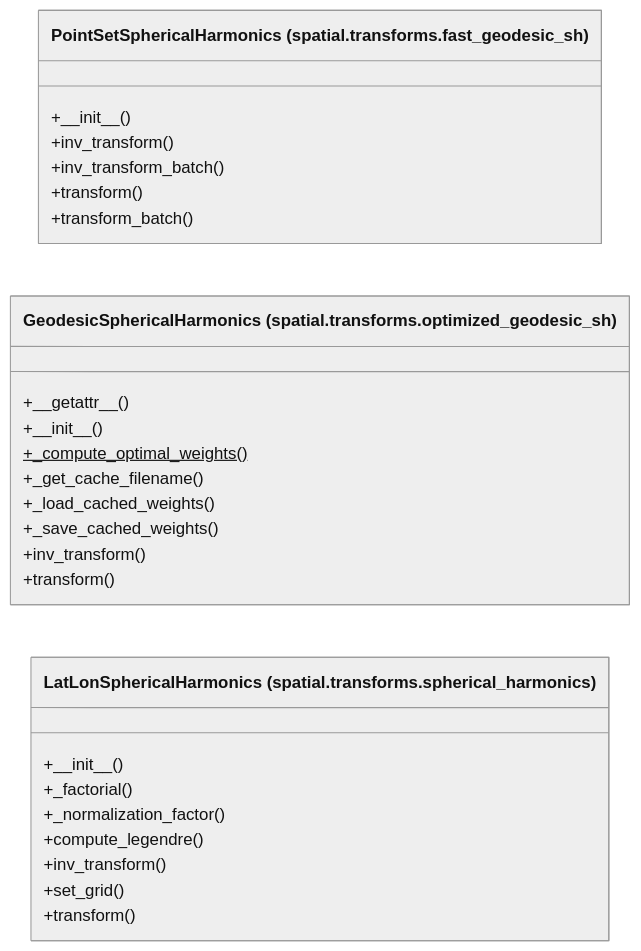
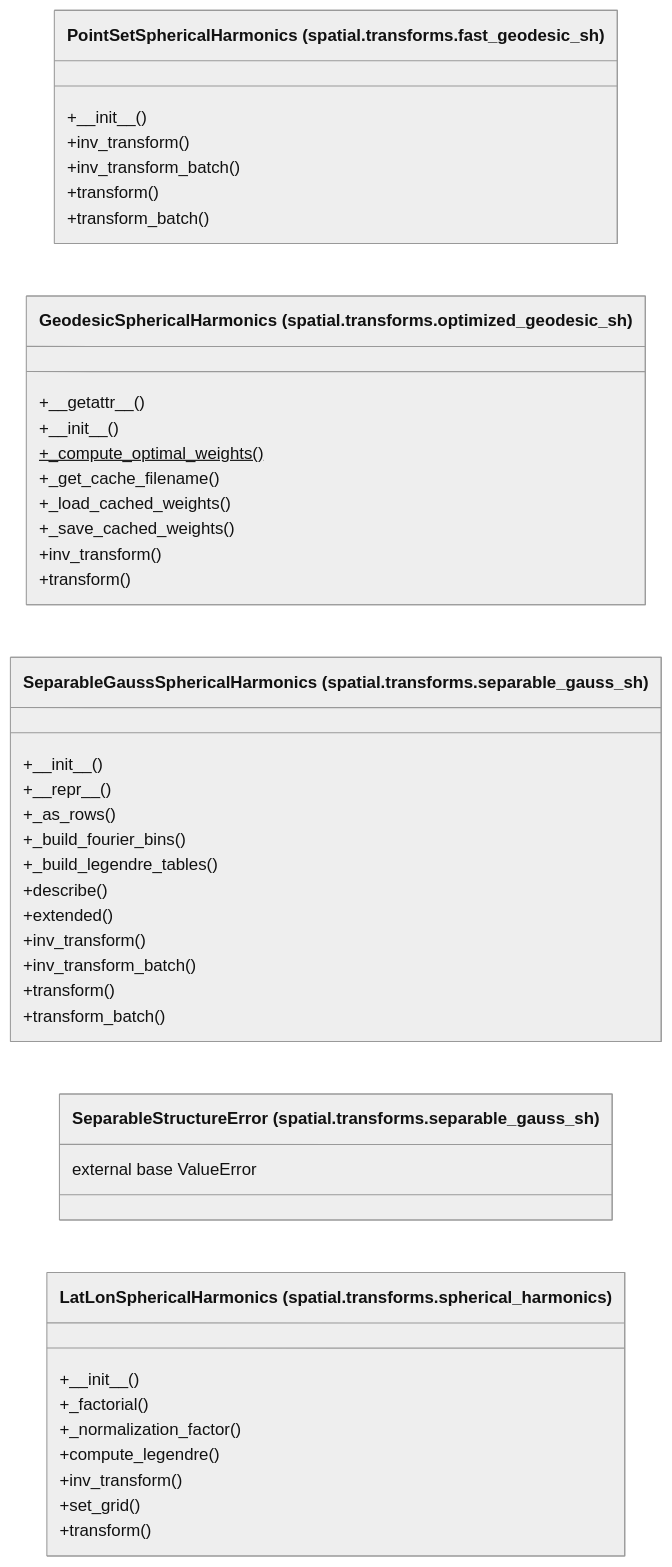
The second of 2 diagrams in docs/architecture/current/packages/tropoi.spatial.transforms.md (AlexandreEros/Palintropos), drawn with Mermaid (neutral theme) before and after one commit. The commit also changed other lines of this file and 26 other files, not shown here.

````diff
--- a/docs/architecture/current/packages/tropoi.spatial.transforms.md
+++ b/docs/architecture/current/packages/tropoi.spatial.transforms.md
@@ -68,29 +72,43 @@
 ```mermaid
 %% Generated by tools.architecture 2.3.0. Do not edit by hand.
 %% Classes of tropoi.spatial.transforms
 classDiagram
     direction LR
     class c_tropoi_ospatial_otransforms_ofast__geodesic__sh_oPointSetSphericalHarmonics["PointSetSphericalHarmonics (spatial.transforms.fast#95;geodesic#95;sh)"]
     c_tropoi_ospatial_otransforms_ofast__geodesic__sh_oPointSetSphericalHarmonics : +#95;#95;init#95;#95;()
     c_tropoi_ospatial_otransforms_ofast__geodesic__sh_oPointSetSphericalHarmonics : +inv#95;transform()
     c_tropoi_ospatial_otransforms_ofast__geodesic__sh_oPointSetSphericalHarmonics : +inv#95;transform#95;batch()
     c_tropoi_ospatial_otransforms_ofast__geodesic__sh_oPointSetSphericalHarmonics : +transform()
     c_tropoi_ospatial_otransforms_ofast__geodesic__sh_oPointSetSphericalHarmonics : +transform#95;batch()
     class c_tropoi_ospatial_otransforms_ooptimized__geodesic__sh_oGeodesicSphericalHarmonics["GeodesicSphericalHarmonics (spatial.transforms.optimized#95;geodesic#95;sh)"]
     c_tropoi_ospatial_otransforms_ooptimized__geodesic__sh_oGeodesicSphericalHarmonics : +#95;#95;getattr#95;#95;()
     c_tropoi_ospatial_otransforms_ooptimized__geodesic__sh_oGeodesicSphericalHarmonics : +#95;#95;init#95;#95;()
     c_tropoi_ospatial_otransforms_ooptimized__geodesic__sh_oGeodesicSphericalHarmonics : +#95;compute#95;optimal#95;weights()$
     c_tropoi_ospatial_otransforms_ooptimized__geodesic__sh_oGeodesicSphericalHarmonics : +#95;get#95;cache#95;filename()
     c_tropoi_ospatial_otransforms_ooptimized__geodesic__sh_oGeodesicSphericalHarmonics : +#95;load#95;cached#95;weights()
     c_tropoi_ospatial_otransforms_ooptimized__geodesic__sh_oGeodesicSphericalHarmonics : +#95;save#95;cached#95;weights()
     c_tropoi_ospatial_otransforms_ooptimized__geodesic__sh_oGeodesicSphericalHarmonics : +inv#95;transform()
     c_tropoi_ospatial_otransforms_ooptimized__geodesic__sh_oGeodesicSphericalHarmonics : +transform()
+    class c_tropoi_ospatial_otransforms_oseparable__gauss__sh_oSeparableGaussSphericalHarmonics["SeparableGaussSphericalHarmonics (spatial.transforms.separable#95;gauss#95;sh)"]
+    c_tropoi_ospatial_otransforms_oseparable__gauss__sh_oSeparableGaussSphericalHarmonics : +#95;#95;init#95;#95;()
+    c_tropoi_ospatial_otransforms_oseparable__gauss__sh_oSeparableGaussSphericalHarmonics : +#95;#95;repr#95;#95;()
+    c_tropoi_ospatial_otransforms_oseparable__gauss__sh_oSeparableGaussSphericalHarmonics : +#95;as#95;rows()
+    c_tropoi_ospatial_otransforms_oseparable__gauss__sh_oSeparableGaussSphericalHarmonics : +#95;build#95;fourier#95;bins()
+    c_tropoi_ospatial_otransforms_oseparable__gauss__sh_oSeparableGaussSphericalHarmonics : +#95;build#95;legendre#95;tables()
+    c_tropoi_ospatial_otransforms_oseparable__gauss__sh_oSeparableGaussSphericalHarmonics : +describe()
+    c_tropoi_ospatial_otransforms_oseparable__gauss__sh_oSeparableGaussSphericalHarmonics : +extended()
+    c_tropoi_ospatial_otransforms_oseparable__gauss__sh_oSeparableGaussSphericalHarmonics : +inv#95;transform()
+    c_tropoi_ospatial_otransforms_oseparable__gauss__sh_oSeparableGaussSphericalHarmonics : +inv#95;transform#95;batch()
+    c_tropoi_ospatial_otransforms_oseparable__gauss__sh_oSeparableGaussSphericalHarmonics : +transform()
+    c_tropoi_ospatial_otransforms_oseparable__gauss__sh_oSeparableGaussSphericalHarmonics : +transform#95;batch()
+    class c_tropoi_ospatial_otransforms_oseparable__gauss__sh_oSeparableStructureError["SeparableStructureError (spatial.transforms.separable#95;gauss#95;sh)"]
+    c_tropoi_ospatial_otransforms_oseparable__gauss__sh_oSeparableStructureError : external base ValueError
     class c_tropoi_ospatial_otransforms_ospherical__harmonics_oLatLonSphericalHarmonics["LatLonSphericalHarmonics (spatial.transforms.spherical#95;harmonics)"]
     c_tropoi_ospatial_otransforms_ospherical__harmonics_oLatLonSphericalHarmonics : +#95;#95;init#95;#95;()
     c_tropoi_ospatial_otransforms_ospherical__harmonics_oLatLonSphericalHarmonics : +#95;factorial()
     c_tropoi_ospatial_otransforms_ospherical__harmonics_oLatLonSphericalHarmonics : +#95;normalization#95;factor()
     c_tropoi_ospatial_otransforms_ospherical__harmonics_oLatLonSphericalHarmonics : +compute#95;legendre()
     c_tropoi_ospatial_otransforms_ospherical__harmonics_oLatLonSphericalHarmonics : +inv#95;transform()
     c_tropoi_ospatial_otransforms_ospherical__harmonics_oLatLonSphericalHarmonics : +set#95;grid()
     c_tropoi_ospatial_otransforms_ospherical__harmonics_oLatLonSphericalHarmonics : +transform()
 ```
````
